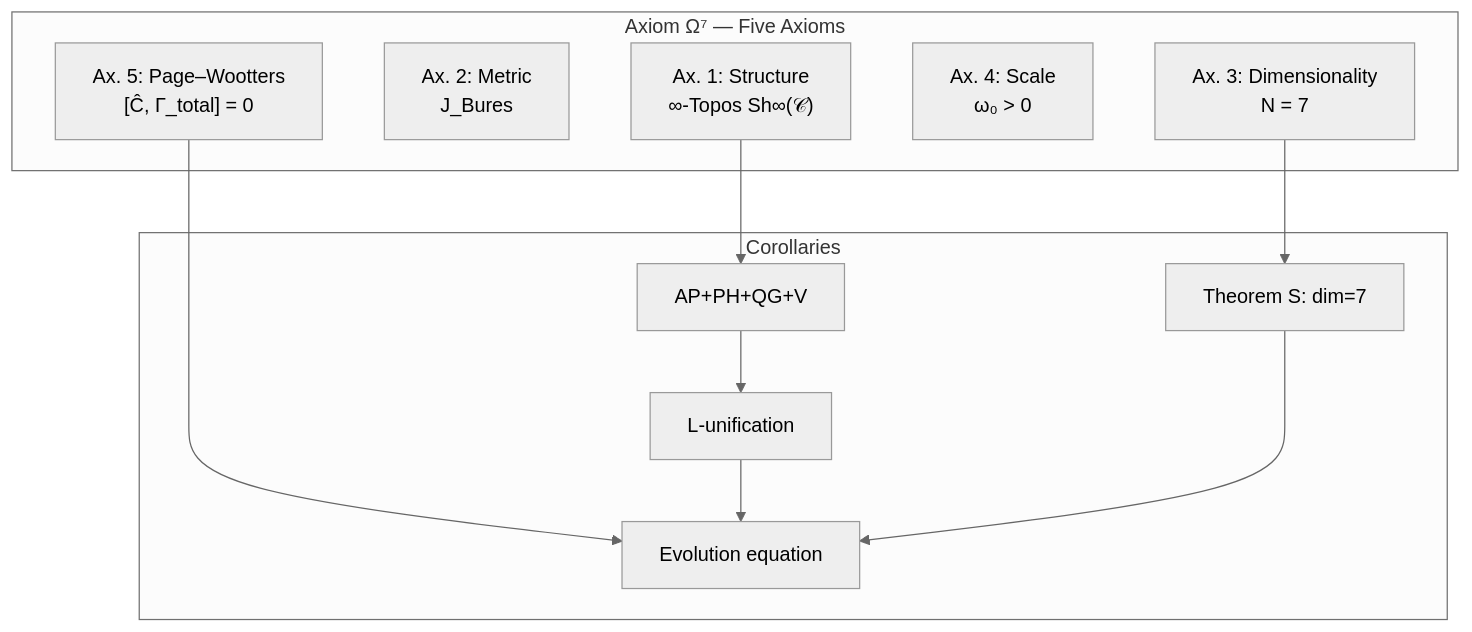
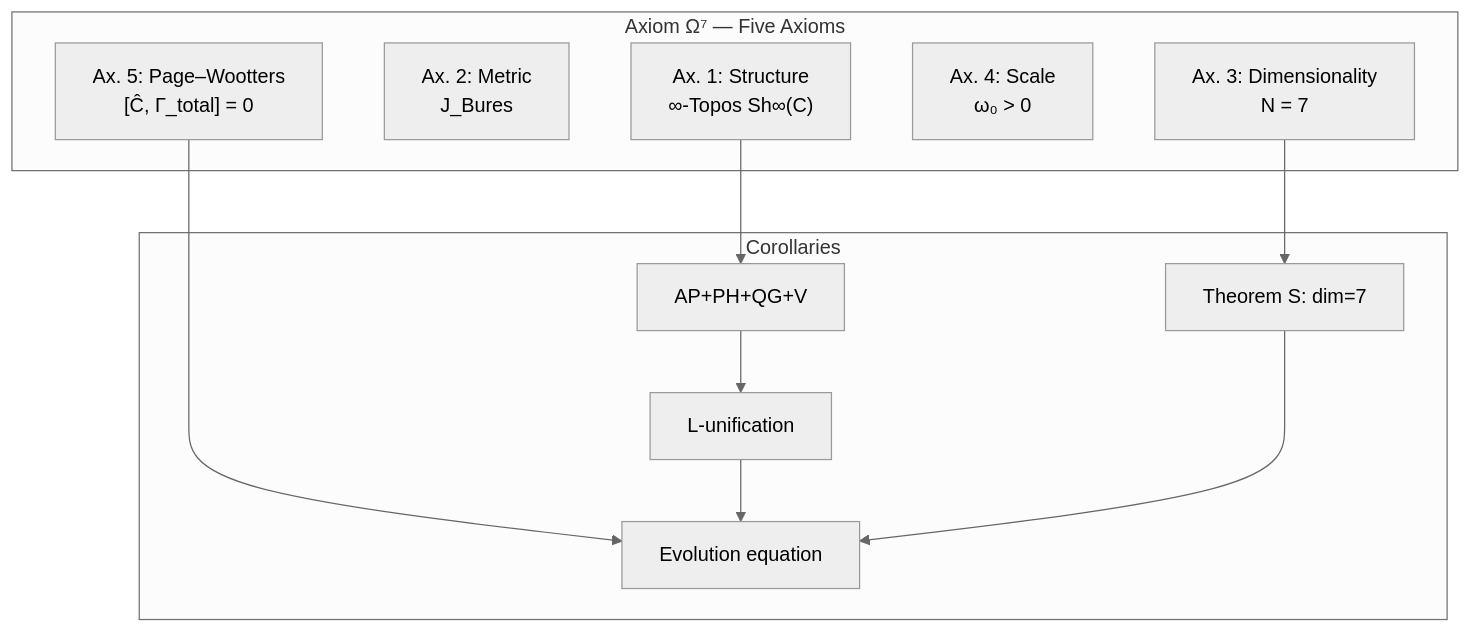
One commit to uhm-theory/holon changed the first of 3 diagrams in website/docs/applied/coherence-cybernetics/axiomatics.md. Above: the diagram before and after it, drawn with Mermaid (neutral theme). The commit also changed other lines of this file and 80 other files, not shown here.

````diff
--- a/website/docs/applied/coherence-cybernetics/axiomatics.md
+++ b/website/docs/applied/coherence-cybernetics/axiomatics.md
@@ -234,22 +234,22 @@
 ```mermaid
 graph TD
     subgraph "Axiom Ω⁷ — Five Axioms"
-        AX1["Ax. 1: Structure<br/>∞-Topos Sh∞(𝒞)"]
+        AX1["Ax. 1: Structure<br/>∞-Topos Sh∞(C)"]
         AX2["Ax. 2: Metric<br/>J_Bures"]
         AX3["Ax. 3: Dimensionality<br/>N = 7"]
         AX4["Ax. 4: Scale<br/>ω₀ > 0"]
         AX5["Ax. 5: Page–Wootters<br/>[Ĉ, Γ_total] = 0"]
     end
     subgraph "Corollaries"
         S["Theorem S: dim=7"]
         APQ["AP+PH+QG+V"]
         LU["L-unification"]
         EVOL["Evolution equation"]
     end
     AX1 --> APQ
     AX3 --> S
     AX5 --> EVOL
     APQ --> LU
     LU --> EVOL
     S --> EVOL
 ```
````
